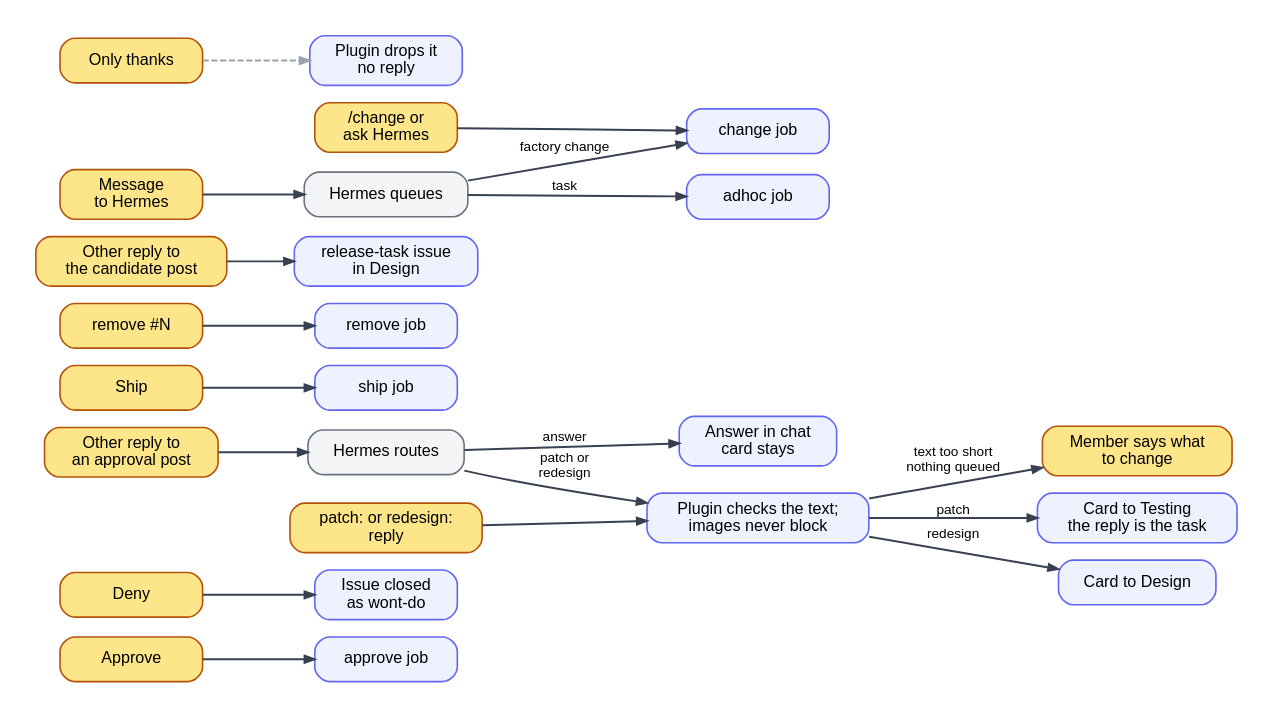
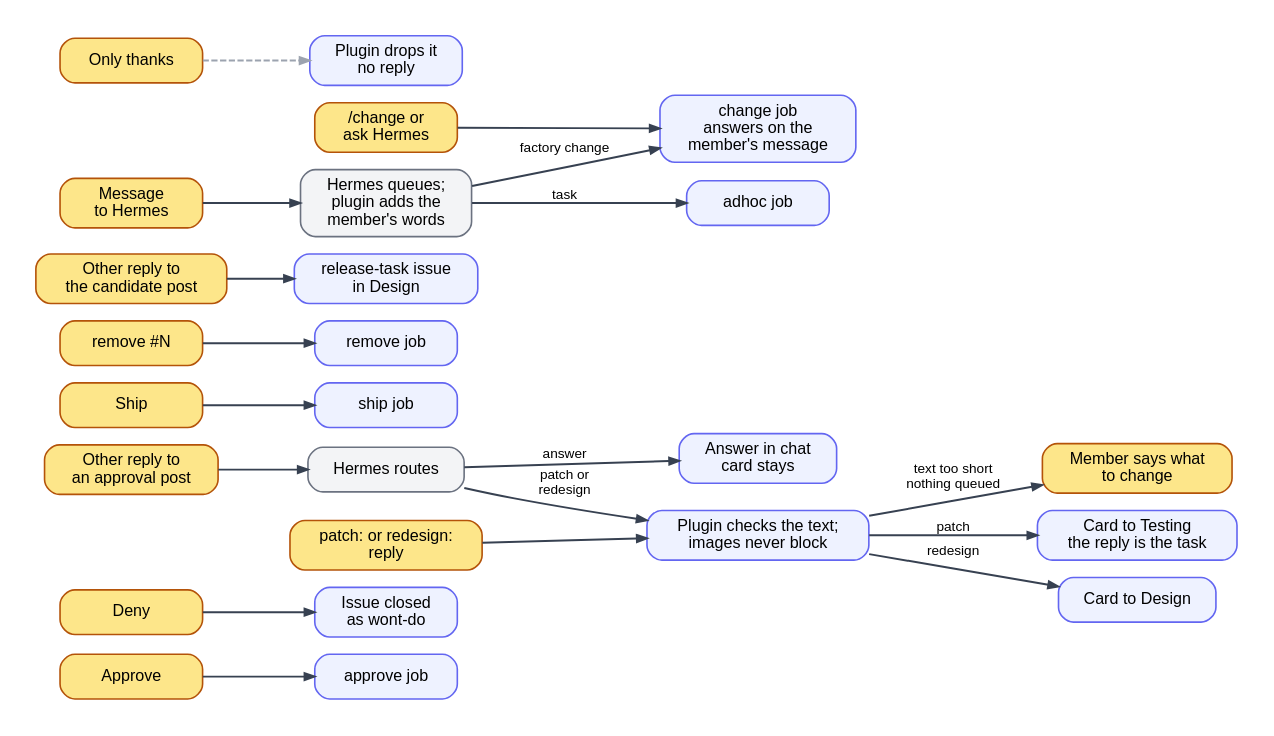
One commit to ROAM-game-org/road-machiners changed the diagram in factory/docs/diagrams/committee.dot. Above: the diagram before and after it, drawn with Graphviz. The commit also changed 18 other files, not shown here.

Commit message:
A queued change or task gives its agent the member's own words above Hermes's notes, and a change answers on the member's message when its PR opens or it fails

```diff
--- a/factory/docs/diagrams/committee.dot
+++ b/factory/docs/diagrams/committee.dot
@@ -1,26 +1,26 @@
 // Committee inputs: what each Telegram action queues, and the job that runs it. Yellow: people. Grey: Hermes decides.
 digraph committee {
   rankdir=LR; nodesep=0.2; ranksep=0.7; bgcolor=white; pad=0.3;
   node [shape=box, style="rounded,filled", fillcolor="#eef2ff", color="#6366f1", fontname="Helvetica", fontsize=13, margin="0.2,0.08", penwidth=1.3, width=1.6];
   edge [color="#374151", penwidth=1.6, arrowsize=0.8, fontname="Helvetica", fontsize=11];
   node [fillcolor="#fde68a", color="#b45309"];
   approve [label="Approve"]; deny [label="Deny"]; reply [label="Other reply to\nan approval post"]; forced [label="patch: or redesign:\nreply"];
   ship [label="Ship"]; remove [label="remove #N"]; rtask [label="Other reply to\nthe candidate post"]; change [label="/change or\nask Hermes"]; ask [label="Message\nto Hermes"];
   bare [label="Only thanks"];
   member [label="Member says what\nto change"];
   node [fillcolor="#f3f4f6", color="#6b7280"];
-  hermes [label="Hermes routes"]; hermes2 [label="Hermes queues"];
+  hermes [label="Hermes routes"]; hermes2 [label="Hermes queues;\nplugin adds the\nmember's words"];
   node [fillcolor="#eef2ff", color="#6366f1"];
   ready [label="Plugin checks the text;\nimages never block"];
   node [fillcolor="#eef2ff", color="#6366f1"];
   approveJob [label="approve job"]; closed [label="Issue closed\nas wont-do"]; answer [label="Answer in chat\ncard stays"];
   patchJob [label="Card to Testing\nthe reply is the task"]; design [label="Card to Design"]; shipJob [label="ship job"]; removeJob [label="remove job"];
-  newTask [label="release-task issue\nin Design"]; changeJob [label="change job"]; adhocJob [label="adhoc job"];
+  newTask [label="release-task issue\nin Design"]; changeJob [label="change job\nanswers on the\nmember's message"]; adhocJob [label="adhoc job"];
   quiet [label="Plugin drops it\nno reply"];
   approve -> approveJob; deny -> closed;
   reply -> hermes; hermes -> answer [label="answer"]; hermes -> ready [label="patch or\nredesign"];
   forced -> ready; ready -> patchJob [label="patch"]; ready -> design [label="redesign"]; ready -> member [label="text too short\nnothing queued"];
   ship -> shipJob; remove -> removeJob; rtask -> newTask;
   change -> changeJob; ask -> hermes2; hermes2 -> adhocJob [label="task"]; hermes2 -> changeJob [label="factory change"];
   bare -> quiet [style=dashed, color="#9ca3af"];
 }
```
